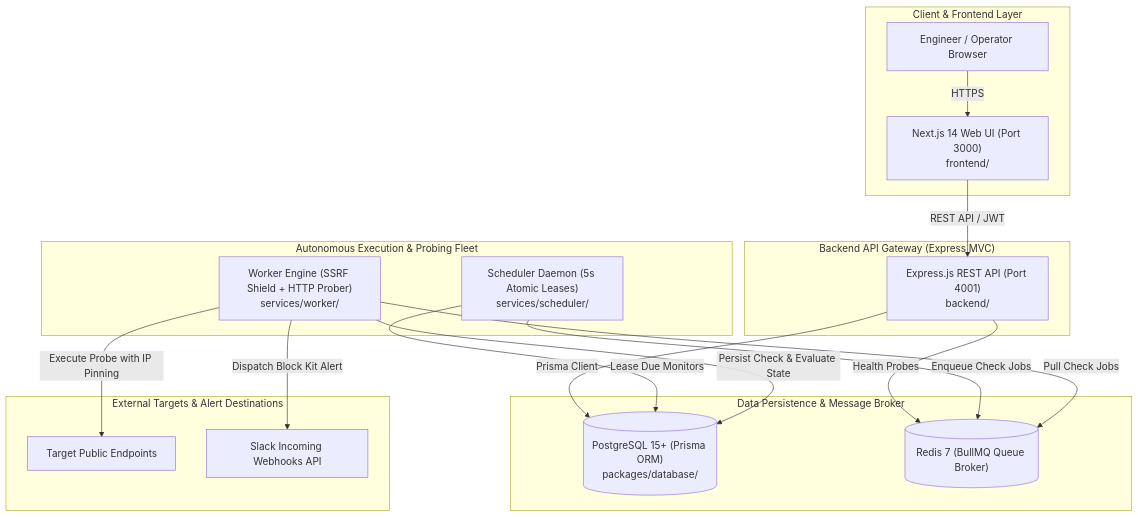
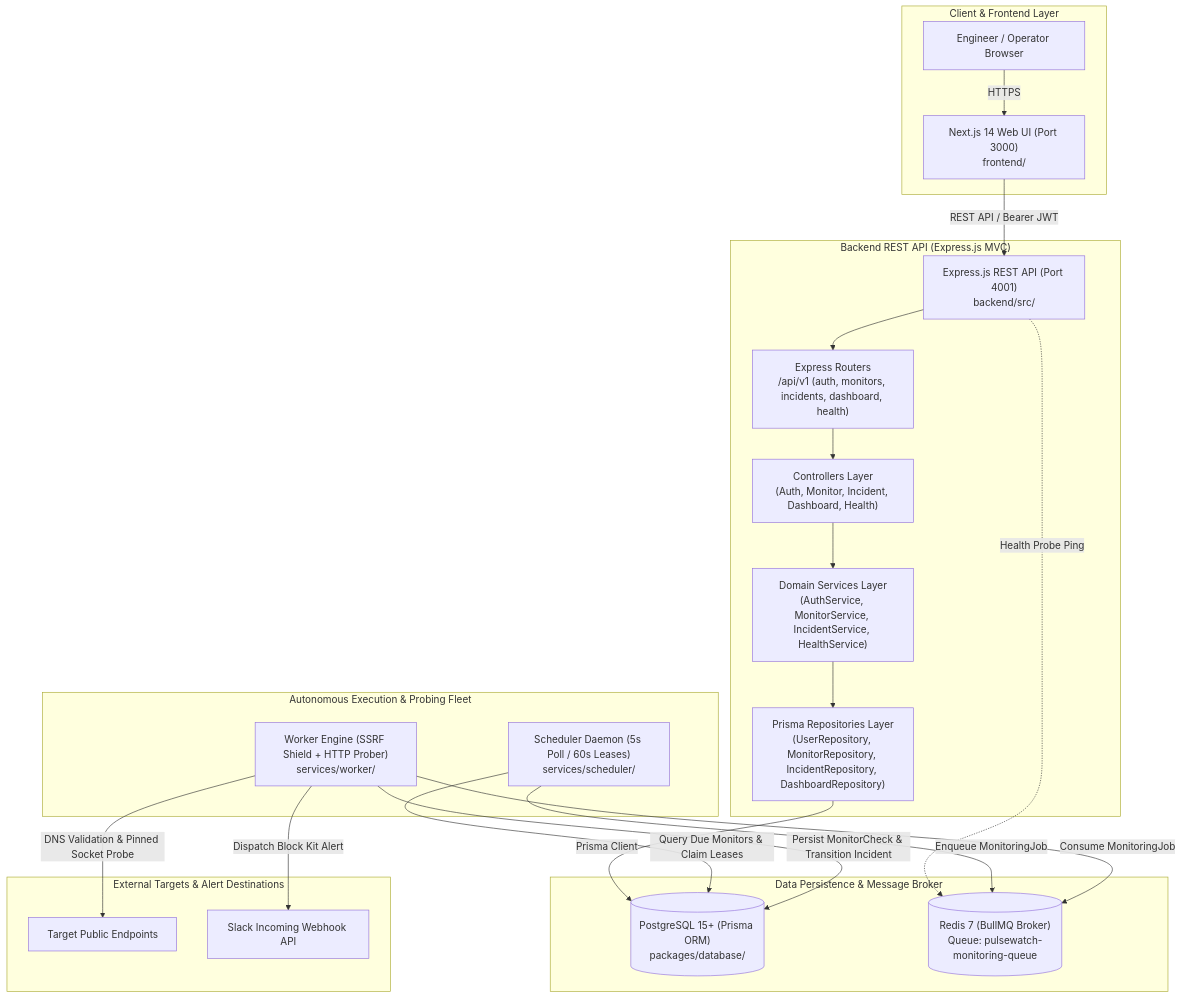
The first of 3 diagrams in docs/ARCHITECTURE.md (alokprasad573/PulseWatch), drawn with Mermaid before and after one commit. The commit also changed other lines of this file and 3 other files, not shown here.

````diff
--- a/docs/ARCHITECTURE.md
+++ b/docs/ARCHITECTURE.md
@@ -27,39 +29,45 @@
 ```mermaid
 flowchart TD
     subgraph ClientLayer ["Client & Frontend Layer"]
         BrowserUser["Engineer / Operator Browser"]
         NextWeb["Next.js 14 Web UI (Port 3000)\nfrontend/"]
     end
 
-    subgraph ApiGatewayLayer ["Backend API Gateway (Express MVC)"]
-        ExpressApi["Express.js REST API (Port 4001)\nbackend/"]
+    subgraph ApiGatewayLayer ["Backend REST API (Express.js MVC)"]
+        ExpressApi["Express.js REST API (Port 4001)\nbackend/src/"]
+        Routes["Express Routers\n/api/v1 (auth, monitors, incidents, dashboard, health)"]
+        Controllers["Controllers Layer\n(Auth, Monitor, Incident, Dashboard, Health)"]
+        Services["Domain Services Layer\n(AuthService, MonitorService, IncidentService, HealthService)"]
+        Repositories["Prisma Repositories Layer\n(UserRepository, MonitorRepository, IncidentRepository, DashboardRepository)"]
+        
+        ExpressApi --> Routes --> Controllers --> Services --> Repositories
     end
 
     subgraph DataStorageLayer ["Data Persistence & Message Broker"]
         PostgresDB[("PostgreSQL 15+ (Prisma ORM)\npackages/database/")]
-        RedisQueue[("Redis 7 (BullMQ Queue Broker)")]
+        RedisQueue[("Redis 7 (BullMQ Broker)\nQueue: pulsewatch-monitoring-queue")]
     end
 
     subgraph BackgroundExecutionLayer ["Autonomous Execution & Probing Fleet"]
-        SchedulerDaemon["Scheduler Daemon (5s Atomic Leases)\nservices/scheduler/"]
+        SchedulerDaemon["Scheduler Daemon (5s Poll / 60s Leases)\nservices/scheduler/"]
         WorkerProber["Worker Engine (SSRF Shield + HTTP Prober)\nservices/worker/"]
     end
 
     subgraph ExternalTargetsLayer ["External Targets & Alert Destinations"]
         ExternalApis["Target Public Endpoints"]
-        SlackApi["Slack Incoming Webhooks API"]
+        SlackApi["Slack Incoming Webhook API"]
     end
 
     BrowserUser -->|HTTPS| NextWeb
-    NextWeb -->|REST API / JWT| ExpressApi
-    ExpressApi -->|Prisma Client| PostgresDB
-    ExpressApi -->|Health Probes| RedisQueue
+    NextWeb -->|REST API / Bearer JWT| ExpressApi
+    Repositories -->|Prisma Client| PostgresDB
+    ExpressApi -.->|Health Probe Ping| RedisQueue
 
-    SchedulerDaemon -->|Lease Due Monitors| PostgresDB
-    SchedulerDaemon -->|Enqueue Check Jobs| RedisQueue
+    SchedulerDaemon -->|Query Due Monitors & Claim Leases| PostgresDB
+    SchedulerDaemon -->|Enqueue MonitoringJob| RedisQueue
 
-    WorkerProber -->|Pull Check Jobs| RedisQueue
-    WorkerProber -->|Execute Probe with IP Pinning| ExternalApis
-    WorkerProber -->|Persist Check & Evaluate State| PostgresDB
+    WorkerProber -->|Consume MonitoringJob| RedisQueue
+    WorkerProber -->|DNS Validation & Pinned Socket Probe| ExternalApis
+    WorkerProber -->|Persist MonitorCheck & Transition Incident| PostgresDB
     WorkerProber -->|Dispatch Block Kit Alert| SlackApi
 ```
````
